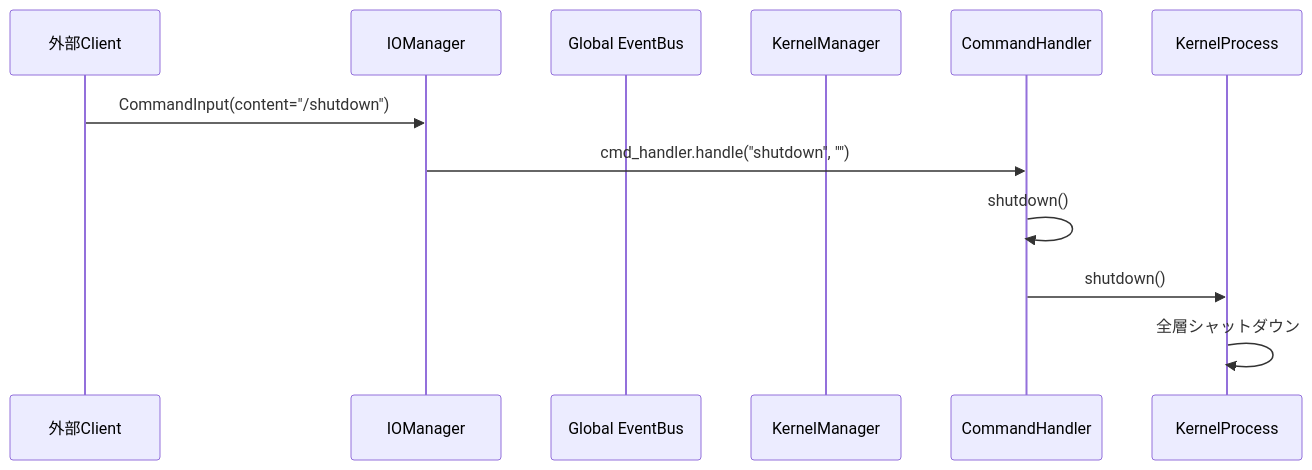
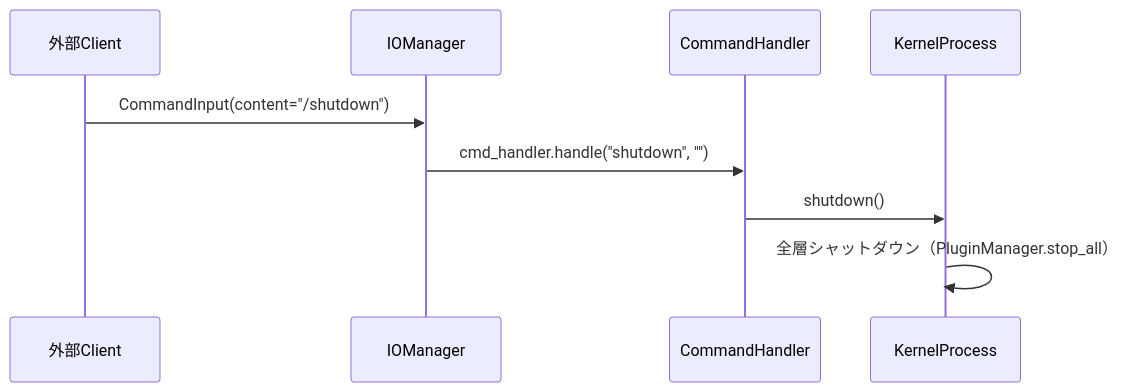
One commit to ibukani/iris-mind changed the diagram in docs/kernel-layer.md. Above: the diagram before and after it, drawn with Mermaid. The commit also changed other lines of this file and 359 other files, not shown here.

````diff
--- a/docs/kernel-layer.md
+++ b/docs/kernel-layer.md
@@ -125,16 +140,13 @@
 ```mermaid
 sequenceDiagram
     participant TCP as 外部Client
     participant IO as IOManager
-    participant EB as Global EventBus
-    participant KRN as KernelManager
     participant CMD as CommandHandler
     participant PROC as KernelProcess
 
     TCP->>IO: CommandInput(content="/shutdown")
     IO->>CMD: cmd_handler.handle("shutdown", "")
-    CMD->>CMD: shutdown()
 
     CMD->>PROC: shutdown()
-    PROC->>PROC: 全層シャットダウン
+    PROC->>PROC: 全層シャットダウン（PluginManager.stop_all）
 ```
````
